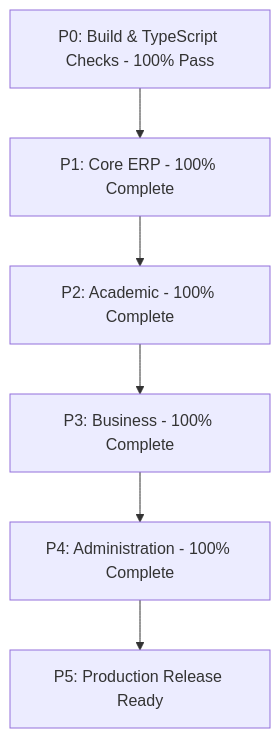
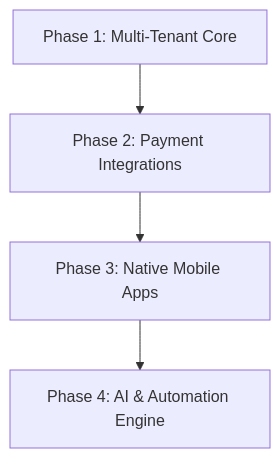
One commit to subodhkumar86/schoolErp changed the diagram in ROADMAP.md. Above: the diagram before and after it, drawn with Mermaid. The commit also changed other lines of this file and 120 other files, not shown here.

````diff
--- a/ROADMAP.md
+++ b/ROADMAP.md
@@ -51,8 +9,6 @@
 ```mermaid
 graph TD
-  P0[P0: Build & TypeScript Checks - 100% Pass] --> P1[P1: Core ERP - 100% Complete]
-  P1 --> P2[P2: Academic - 100% Complete]
-  P2 --> P3[P3: Business - 100% Complete]
-  P3 --> P4[P4: Administration - 100% Complete]
-  P4 --> P5[P5: Production Release Ready]
+    A[Phase 1: Multi-Tenant Core] --> B[Phase 2: Payment Integrations]
+    B --> C[Phase 3: Native Mobile Apps]
+    C --> D[Phase 4: AI & Automation Engine]
 ```
````
